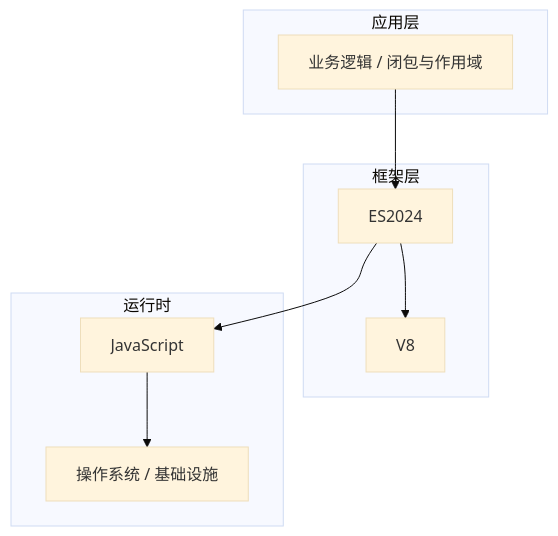
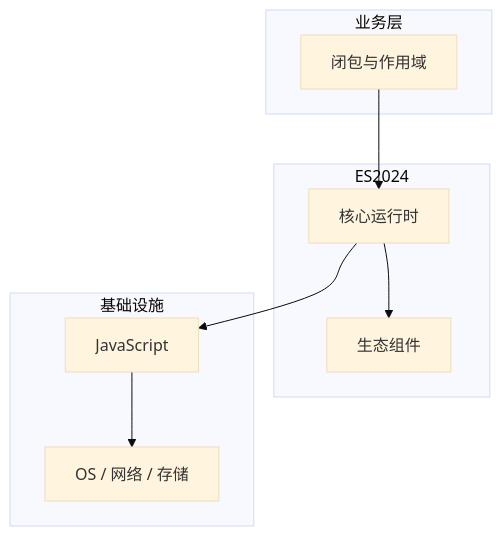
The diagram in articles/JavaScript核心/chapters/085-闭包与作用域核心概念与原理.md (yanggan2015/knowledge-json-v2), drawn with Mermaid (base theme) before and after one commit. The commit also changed other lines of this file and 10127 other files, not shown here.

````diff
--- a/articles/JavaScript核心/chapters/085-闭包与作用域核心概念与原理.md
+++ b/articles/JavaScript核心/chapters/085-闭包与作用域核心概念与原理.md
@@ -45,18 +34,18 @@
 ```mermaid
 graph TB
-    subgraph 应用层
-        A[业务逻辑 / 闭包与作用域]
+    subgraph 业务层
+        A[闭包与作用域]
     end
-    subgraph 框架层
-        B[ES2024]
-        C[V8]
+    subgraph ES2024
+        B[核心运行时]
+        C[生态组件]
     end
-    subgraph 运行时
+    subgraph 基础设施
         D[JavaScript]
-        E[操作系统 / 基础设施]
+        E[OS / 网络 / 存储]
     end
     A --> B
     B --> C
     B --> D
     D --> E
 ```
````
